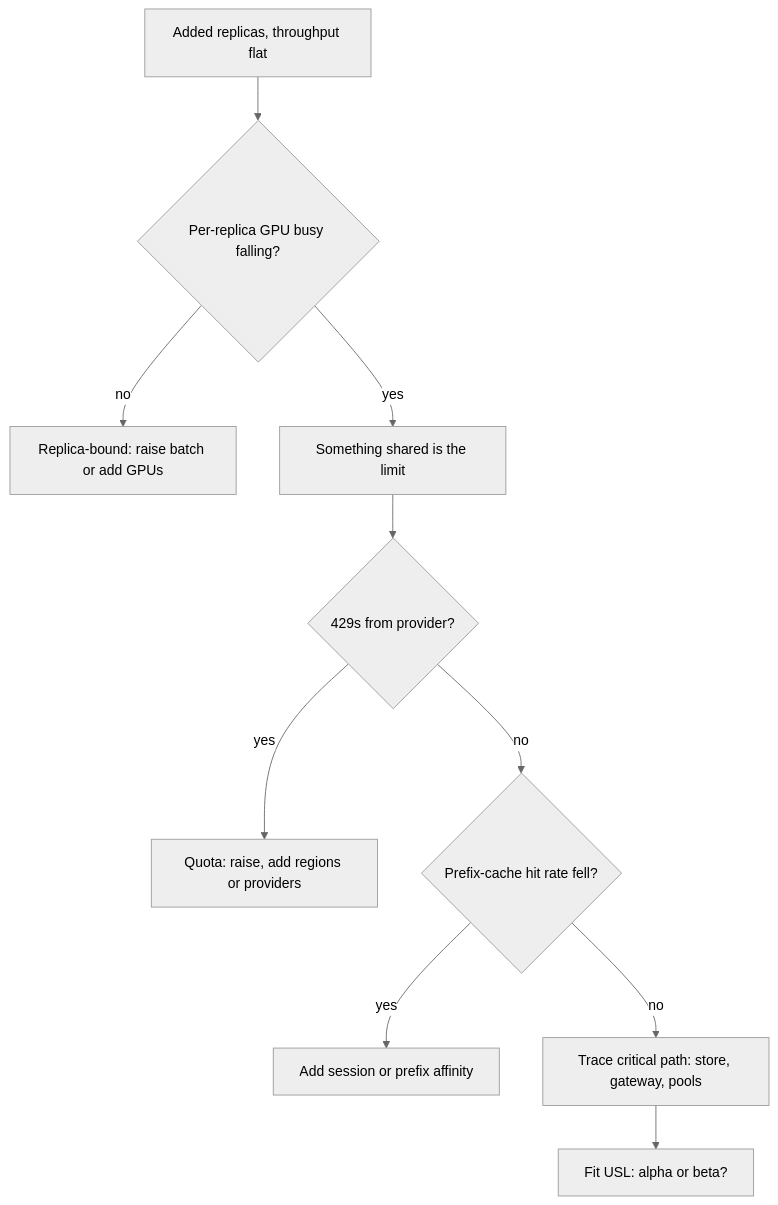
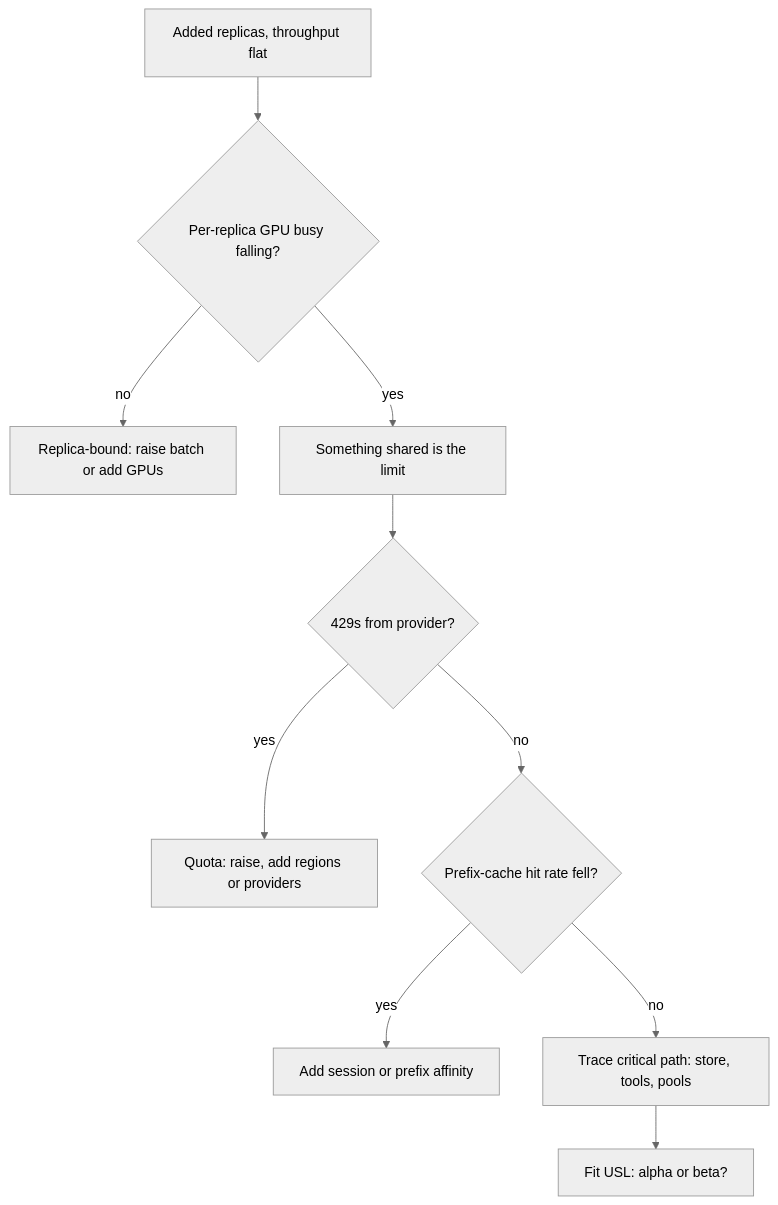
One commit to lovishmahajan97/agentic-learning changed the diagram in content/infra-capacity-economics/scalability.md. Above: the diagram before and after it, drawn with Mermaid (neutral theme). The commit also changed other lines of this file and 485 other files, not shown here.

````diff
--- a/content/infra-capacity-economics/scalability.md
+++ b/content/infra-capacity-economics/scalability.md
@@ -99,12 +123,12 @@
 ```mermaid
 flowchart TD
     A["Added replicas, throughput flat"] --> B{"Per-replica GPU busy falling?"}
     B -->|"no"| C["Replica-bound: raise batch or add GPUs"]
     B -->|"yes"| D["Something shared is the limit"]
     D --> E{"429s from provider?"}
     E -->|"yes"| F["Quota: raise, add regions or providers"]
     E -->|"no"| G{"Prefix-cache hit rate fell?"}
     G -->|"yes"| H["Add session or prefix affinity"]
-    G -->|"no"| I["Trace critical path: store, gateway, pools"]
+    G -->|"no"| I["Trace critical path: store, tools, pools"]
     I --> J["Fit USL: alpha or beta?"]
 ```
````
